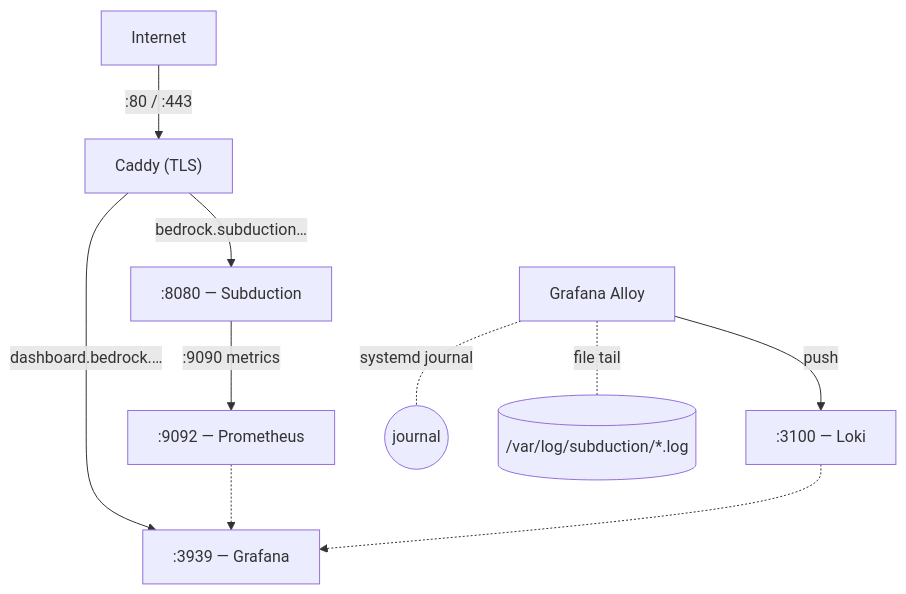
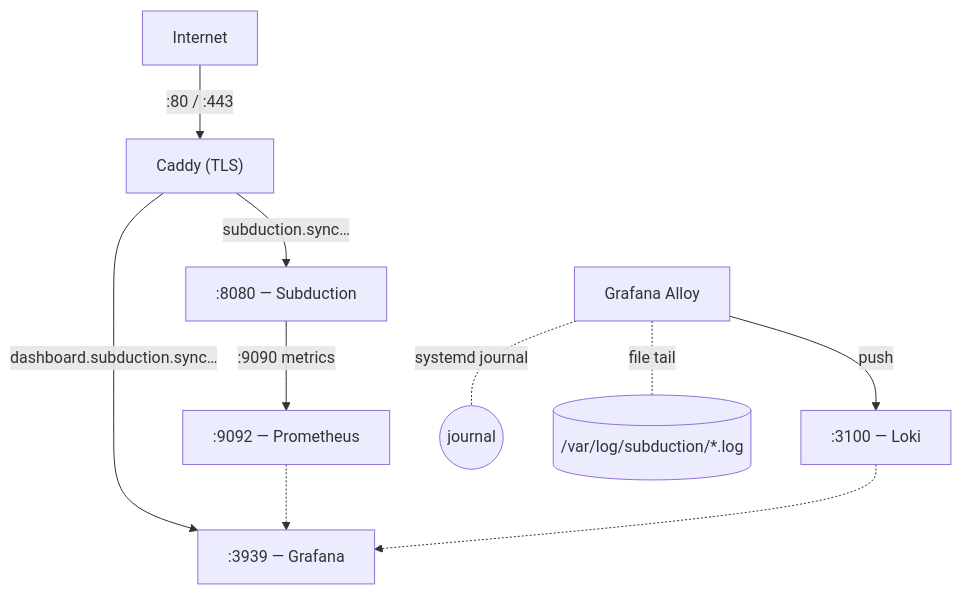
The diagram in README.md (inkandswitch/bedrock), drawn with Mermaid before and after one commit. The commit also changed other lines of this file and 1 other file, not shown here.

````diff
--- a/README.md
+++ b/README.md
@@ -9,15 +9,15 @@
 ```mermaid
 graph TD
     Internet -->|":80 / :443"| Caddy["Caddy (TLS)"]
 
-    Caddy -->|bedrock.subduction…| Subduction[":8080 — Subduction"]
-    Caddy -->|dashboard.bedrock.…| Grafana[":3939 — Grafana"]
+    Caddy -->|subduction.sync…| Subduction[":8080 — Subduction"]
+    Caddy -->|dashboard.subduction.sync…| Grafana[":3939 — Grafana"]
 
     Subduction -->|":9090 metrics"| Prometheus[":9092 — Prometheus"]
     Prometheus -.-> Grafana
 
     Alloy["Grafana Alloy"] -->|push| Loki[":3100 — Loki"]
     Alloy -.-|systemd journal| Journal(("journal"))
     Alloy -.-|file tail| SubLogs[("/var/log/subduction/*.log")]
     Loki -.-> Grafana
 ```
````
